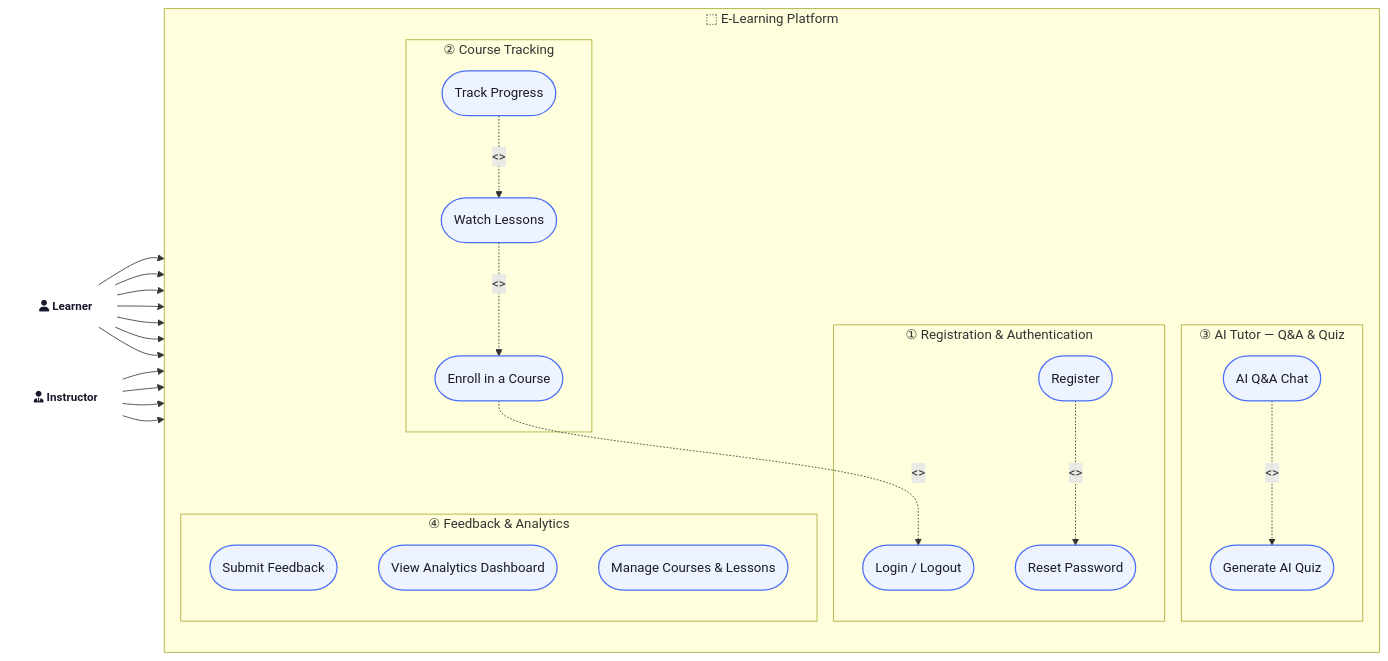
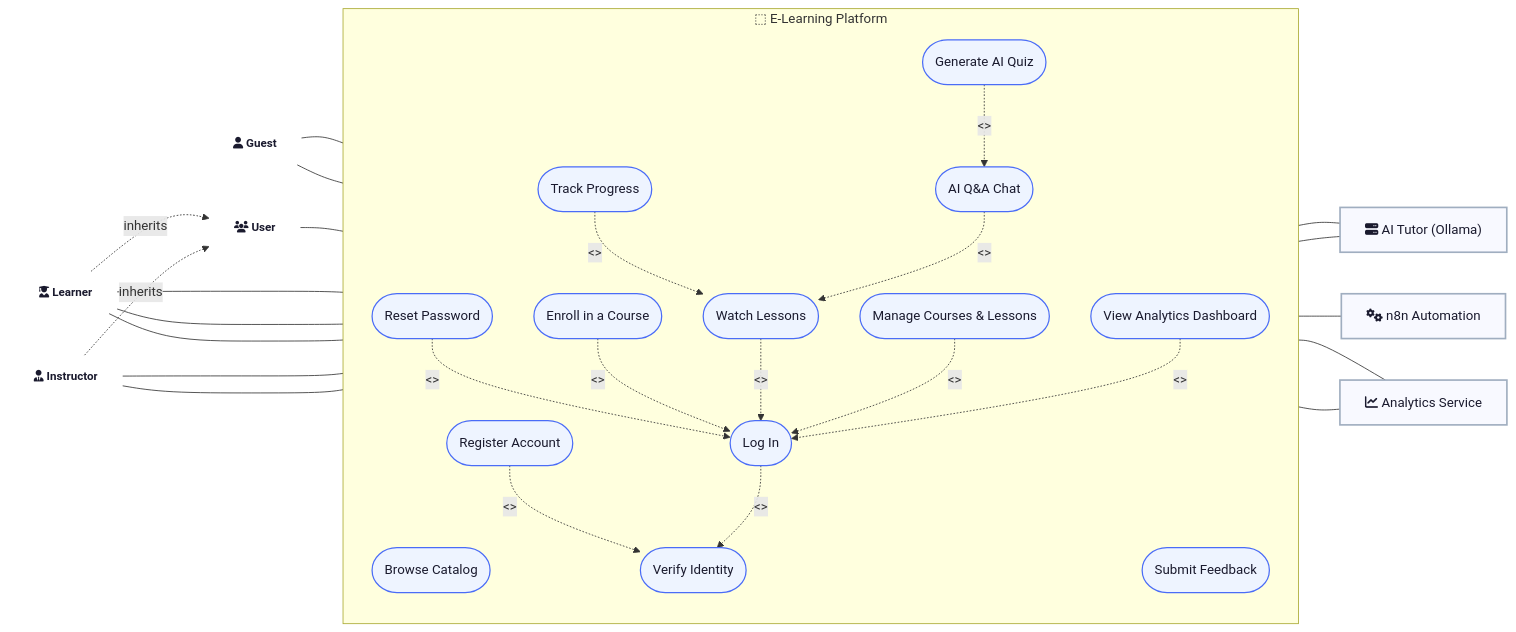
One commit to Sen-Se1/elearning-microservice-platform changed the seventh of 10 diagrams in architecture.md. Above: the diagram before and after it, drawn with Mermaid. The commit also changed 1 other file, not shown here.

Commit message:
docs: update use case diagram to include new actors, associations, and refined workflow relationships

````diff
--- a/architecture.md
+++ b/architecture.md
@@ -211,59 +211,75 @@
 ```mermaid
 flowchart LR
     classDef actor  fill:none,stroke:none,font-weight:bold,font-size:14px,color:#1a1a2e
     classDef uc     fill:#EEF4FF,stroke:#4A6CF7,stroke-width:1.5px,color:#1a1a2e,rx:30,ry:30
     classDef sys    fill:#F8F9FF,stroke:#A0AEC0,stroke-width:2px,color:#1a1a2e
-    classDef group  fill:#F0F4FF,stroke:#BCC8F5,stroke-dasharray:4 2,color:#4A6CF7,font-weight:bold
 
-    Learner["fa:fa-user Learner"]:::actor
+    %% Left Actors (Users)
+    Guest["fa:fa-user Guest"]:::actor
+    User["fa:fa-users User"]:::actor
+    Learner["fa:fa-user-graduate Learner"]:::actor
     Instructor["fa:fa-user-tie Instructor"]:::actor
 
-    subgraph sys ["  ⬚  E-Learning Platform  "]
+    %% Right Actors (External Systems)
+    Ollama["fa:fa-server AI Tutor (Ollama)"]:::sys
+    N8N["fa:fa-cogs n8n Automation"]:::sys
+    AnalyticSvc["fa:fa-chart-line Analytics Service"]:::sys
+
+    %% Actor Generalization
+    Learner -. "inherits" .-> User
+    Instructor -. "inherits" .-> User
+
+    subgraph Platform ["  ⬚  E-Learning Platform  "]
         direction TB
 
-        subgraph g1 ["① Registration & Authentication"]
-            UC1("Register"):::uc
-            UC2("Login / Logout"):::uc
-            UC3("Reset Password"):::uc
-        end
+        UC_Browse("Browse Catalog"):::uc
+        UC_Reg("Register Account"):::uc
+        UC_Login("Log In"):::uc
+        UC_Verify("Verify Identity"):::uc
+        UC_Reset("Reset Password"):::uc
 
-        subgraph g2 ["② Course Tracking"]
-            UC4("Enroll in a Course"):::uc
-            UC5("Watch Lessons"):::uc
-            UC6("Track Progress"):::uc
-        end
+        UC_Enroll("Enroll in a Course"):::uc
+        UC_Watch("Watch Lessons"):::uc
+        UC_Track("Track Progress"):::uc
 
-        subgraph g3 ["③ AI Tutor — Q&A & Quiz"]
-            UC7("AI Q&A Chat"):::uc
-            UC8("Generate AI Quiz"):::uc
-        end
-
-        subgraph g4 ["④ Feedback & Analytics"]
-            UC9("Submit Feedback"):::uc
-            UC10("View Analytics Dashboard"):::uc
-            UC11("Manage Courses & Lessons"):::uc
-        end
+        UC_Chat("AI Q&A Chat"):::uc
+        UC_Quiz("Generate AI Quiz"):::uc
+        UC_Feedback("Submit Feedback"):::uc
+        
+        UC_Manage("Manage Courses & Lessons"):::uc
+        UC_Analytics("View Analytics Dashboard"):::uc
     end
 
-    %% ── Learner associations ────────────────────────────────
-    Learner --> UC1
-    Learner --> UC2
-    Learner --> UC4
-    Learner --> UC5
-    Learner --> UC6
-    Learner --> UC7
-    Learner --> UC9
+    %% ── Primary Actor associations (Left) ───────────────────
+    Guest --- UC_Browse
+    Guest --- UC_Reg
+    User --- UC_Login
 
-    %% ── Instructor associations ─────────────────────────────
-    Instructor --> UC1
-    Instructor --> UC2
-    Instructor --> UC10
-    Instructor --> UC11
+    Learner --- UC_Enroll
+    Learner --- UC_Watch
+    Learner --- UC_Feedback
 
-    %% ── UML stereotypes ─────────────────────────────────────
-    UC4 -. "<<include>>" .-> UC2
-    UC7 -. "<<extend>>"  .-> UC8
-    UC5 -. "<<include>>" .-> UC4
-    UC6 -. "<<include>>" .-> UC5
-    UC1 -. "<<include>>" .-> UC3
+    Instructor --- UC_Manage
+    Instructor --- UC_Analytics
+
+    %% ── UML Stereotypes (Includes & Extends) ────────────────
+    UC_Reg -. "<<Includes>>" .-> UC_Verify
+    UC_Login -. "<<Includes>>" .-> UC_Verify
+    UC_Reset -. "<<Extends>>" .-> UC_Login
+    
+    UC_Enroll -. "<<Includes>>" .-> UC_Login
+    UC_Watch -. "<<Includes>>" .-> UC_Login
+    UC_Manage -. "<<Includes>>" .-> UC_Login
+    UC_Analytics -. "<<Includes>>" .-> UC_Login
+    
+    UC_Track -. "<<Extends>>" .-> UC_Watch
+    UC_Chat -. "<<Extends>>" .-> UC_Watch
+    UC_Quiz -. "<<Extends>>" .-> UC_Chat
+
+    %% ── Secondary Actor associations (Right) ────────────────
+    UC_Chat --- Ollama
+    UC_Quiz --- Ollama
+    UC_Feedback --- N8N
+    UC_Enroll --- AnalyticSvc
+    UC_Analytics --- AnalyticSvc
 ```
````
